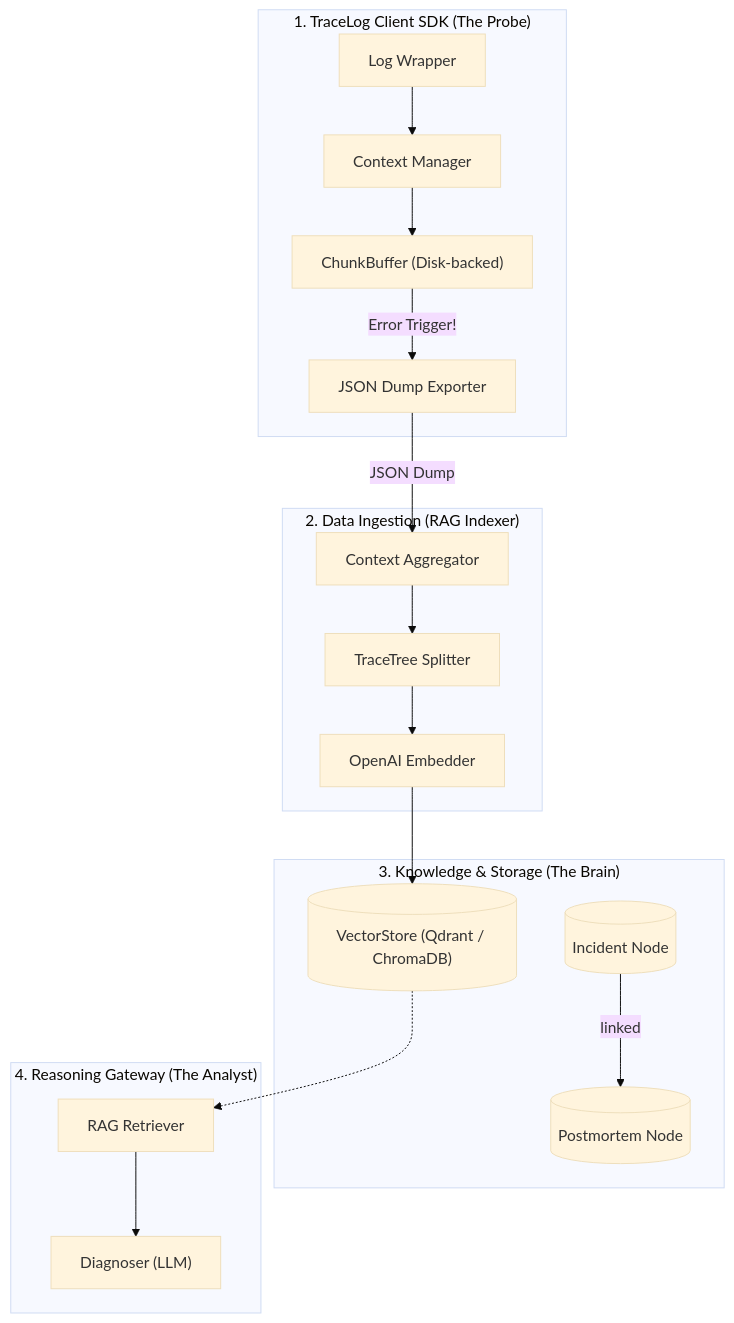
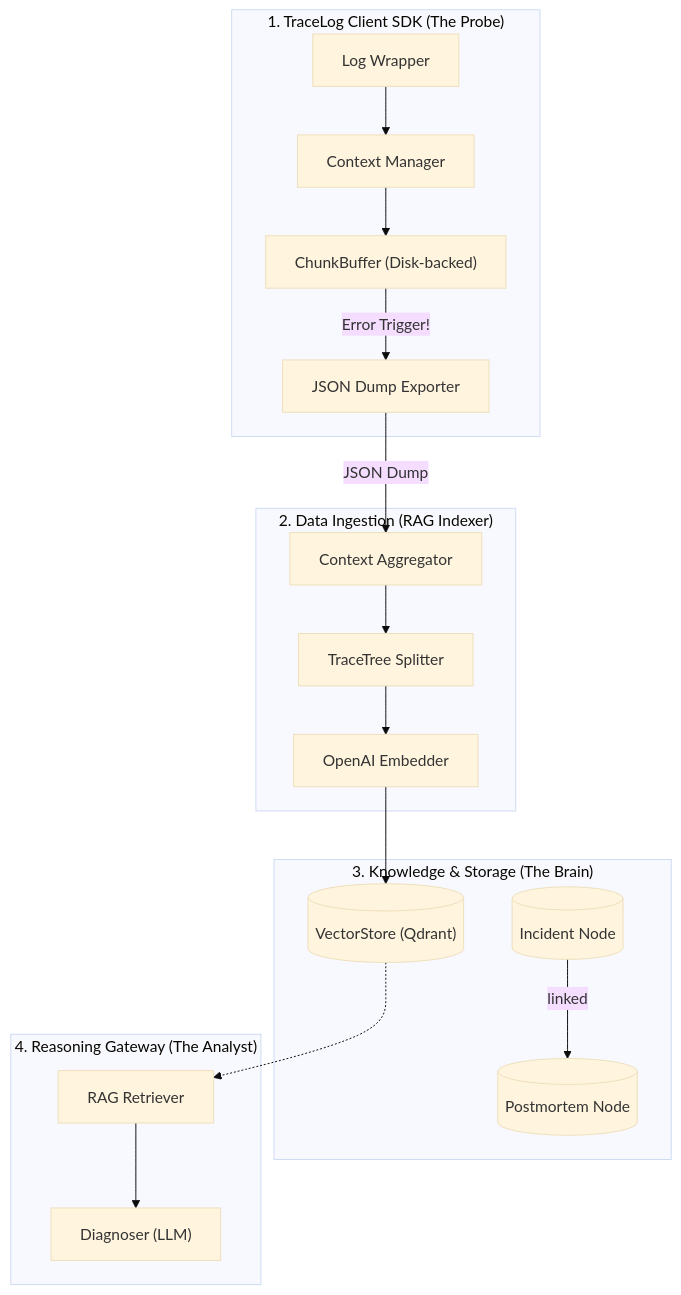
One commit to jakeeqsb/tracelog changed the first of 2 diagrams in docs/system_architecture.md. Above: the diagram before and after it, drawn with Mermaid (base theme). The commit also changed 4 other files, not shown here.

````diff
--- a/docs/system_architecture.md
+++ b/docs/system_architecture.md
@@ -9,28 +9,28 @@
 ```mermaid
 graph TD
     subgraph Layer1["1. TraceLog Client SDK (The Probe)"]
         A1["Log Wrapper"] --> A2["Context Manager"]
         A2 --> A3["ChunkBuffer (Disk-backed)"]
         A3 -->|Error Trigger!| A4["JSON Dump Exporter"]
     end
 
     subgraph Layer2["2. Data Ingestion (RAG Indexer)"]
         B0["Context Aggregator"] --> B1["TraceTree Splitter"]
         B1 --> B2["OpenAI Embedder"]
     end
 
     subgraph Layer3["3. Knowledge & Storage (The Brain)"]
-        C1[("VectorStore (Qdrant / ChromaDB)")]
+        C1[("VectorStore (Qdrant)")]
         C2[("Incident Node")]
         C3[("Postmortem Node")]
         C2 -- linked --> C3
     end
 
     subgraph Layer4["4. Reasoning Gateway (The Analyst)"]
         D1["RAG Retriever"] --> D2["Diagnoser (LLM)"]
     end
 
     A4 -->|JSON Dump| B0
     B2 --> C1
     C1 -.-> D1
 ```
````
